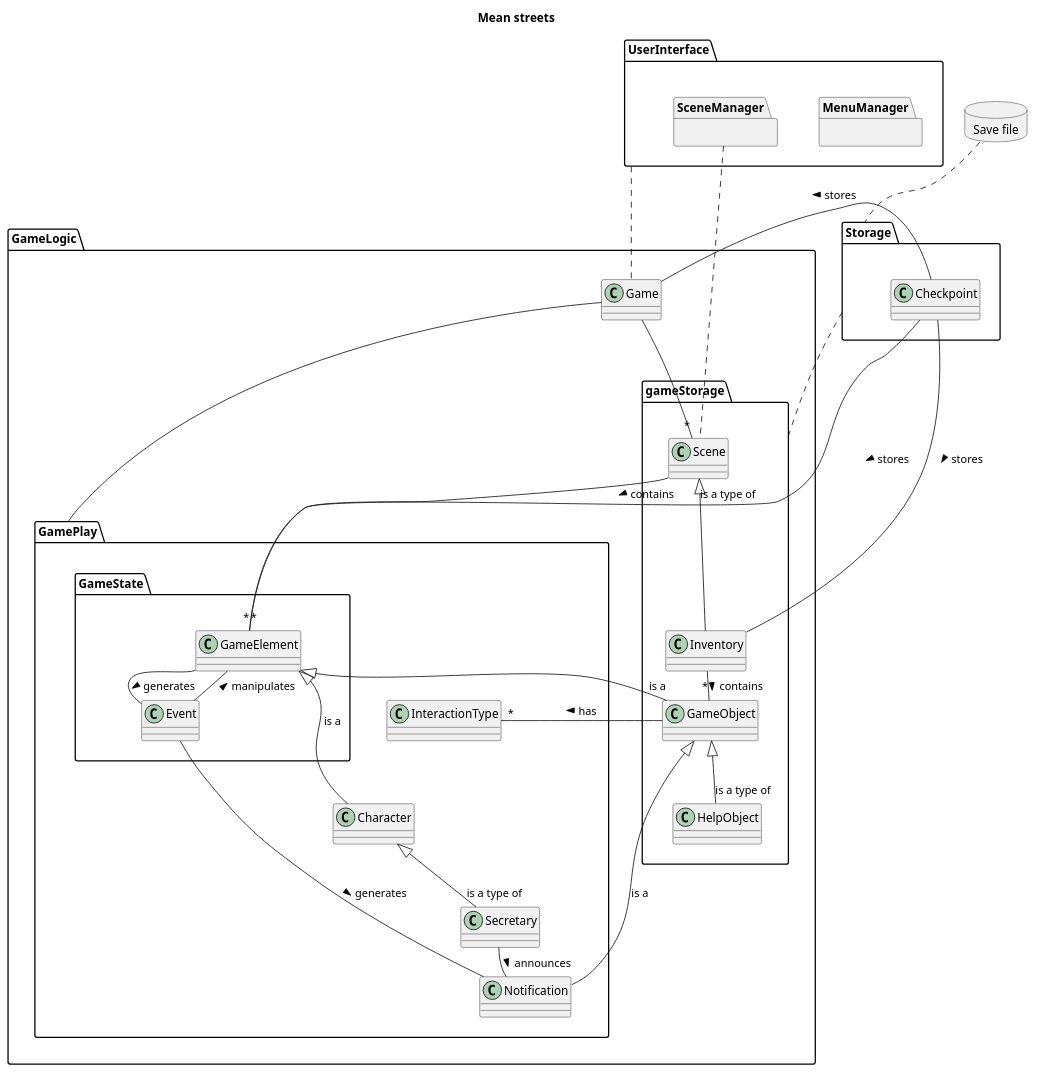
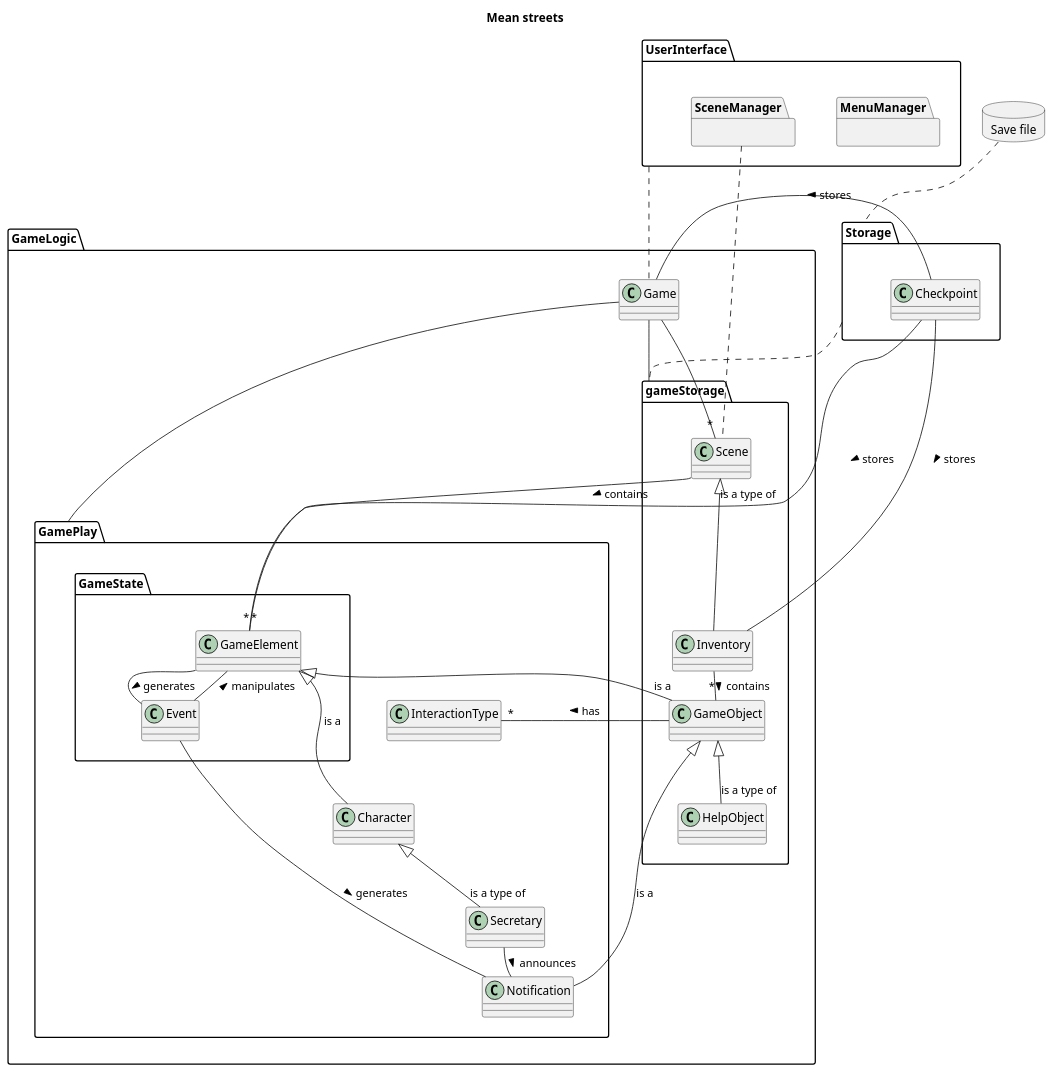
One commit to NoahHakansson/SE-PA1460 changed the diagram in architectDiagram.pu. Above: the diagram before and after it, drawn with PlantUML.

Commit message:
please work!

```diff
--- a/architectDiagram.pu
+++ b/architectDiagram.pu
@@ -1,73 +1,74 @@
 @startuml
 
 skinparam nodesep 50
 skinparam ranksep 10
 
 title Mean streets
 top to bottom direction
 database "Save file" {
 }
 package UserInterface {
     package MenuManager {}
     package SceneManager {}
 }
 
 package GameLogic {
     class Game
     package gameStorage {
         class Inventory
         class GameObject
         class HelpObject
         class Scene
     }
 
 
     package GamePlay {
         class InteractionType
         class Secretary
         class Character
         class Notification
         package GameState {
             class GameElement
             class Event
         }
     }
 }
 
 package Storage {
     class Checkpoint
 }
 
 "Save file".. Storage
 UserInterface .. Game
 SceneManager .. Scene
 Storage . gameStorage
 
 
 InteractionType -[hidden]up- GameState
 Character -[hidden]up- GameState
 Secretary -[hidden]up- GameState
 Notification -[hidden]up- GameState
 InteractionType -[hidden]down- Character
+GamePlay -[hidden]l- gameStorage
 
-'Game - gameStorage
+Game - gameStorage
 Game - GamePlay
 
 Game -- "*" Scene
 Checkpoint -- "*" GameElement : stores >
 Checkpoint -- Inventory : stores >
 Checkpoint - Game : stores >
 Character <|-- Secretary : is a type of
 GameElement <|-- GameObject : is a
 GameElement <|-- Character : is a
 Scene - "*" GameElement : contains >
 Scene <|-- Inventory : is a type of
 Inventory -- "*" GameObject : contains >
 GameElement -- Event : generates >
 Event -- Notification : generates >
 Event -- GameElement : manipulates >
 Secretary -- Notification : announces >
 GameObject <|-- HelpObject : is a type of
 GameObject <|-- Notification : is a
 GameObject -- "*" InteractionType : has >
 @enduml
```
